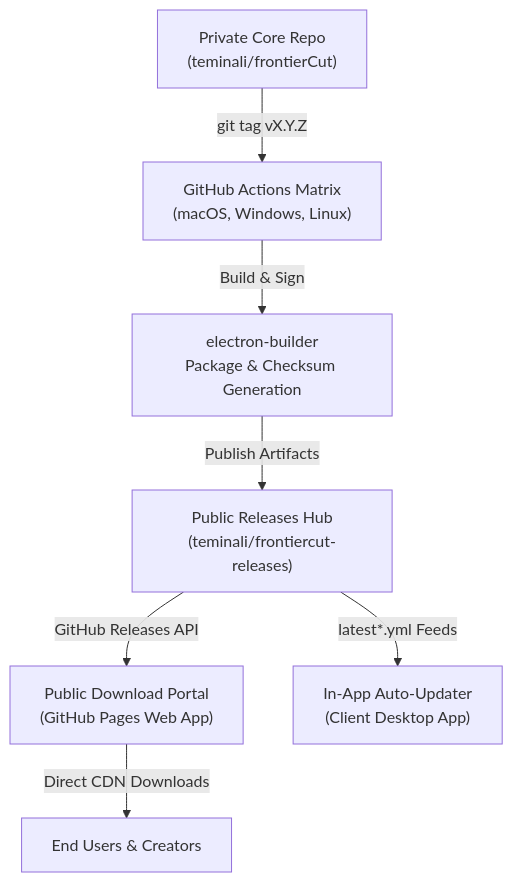
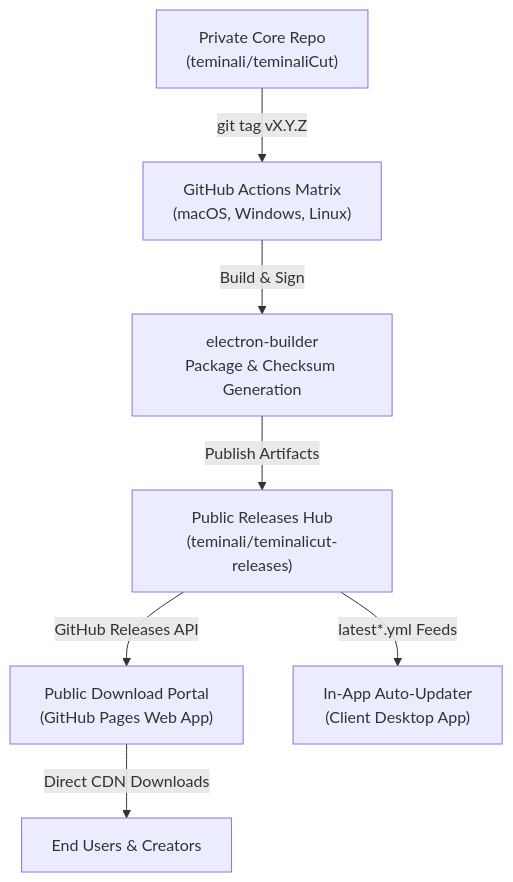
One commit to teminali/auracut changed the diagram in HOSTING_AND_DISTRIBUTION.md. Above: the diagram before and after it, drawn with Mermaid. The commit also changed other lines of this file and 45 other files, not shown here.

Commit message:
feat(core): rebrand to TeminaliCut and add encrypted .temi project bundle export/import

````diff
--- a/HOSTING_AND_DISTRIBUTION.md
+++ b/HOSTING_AND_DISTRIBUTION.md
@@ -11,9 +11,9 @@
 ```mermaid
 graph TD
-    A["Private Core Repo<br/>(teminali/frontierCut)"] -->|"git tag vX.Y.Z"| B["GitHub Actions Matrix<br/>(macOS, Windows, Linux)"]
+    A["Private Core Repo<br/>(teminali/teminaliCut)"] -->|"git tag vX.Y.Z"| B["GitHub Actions Matrix<br/>(macOS, Windows, Linux)"]
     B -->|"Build & Sign"| C["electron-builder<br/>Package & Checksum Generation"]
-    C -->|"Publish Artifacts"| D["Public Releases Hub<br/>(teminali/frontiercut-releases)"]
+    C -->|"Publish Artifacts"| D["Public Releases Hub<br/>(teminali/teminalicut-releases)"]
     D -->|"GitHub Releases API"| E["Public Download Portal<br/>(GitHub Pages Web App)"]
     D -->|"latest*.yml Feeds"| F["In-App Auto-Updater<br/>(Client Desktop App)"]
     E -->|"Direct CDN Downloads"| G["End Users & Creators"]
 ```
````
